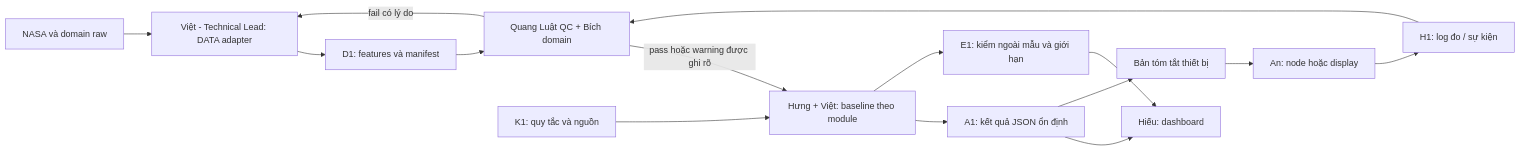
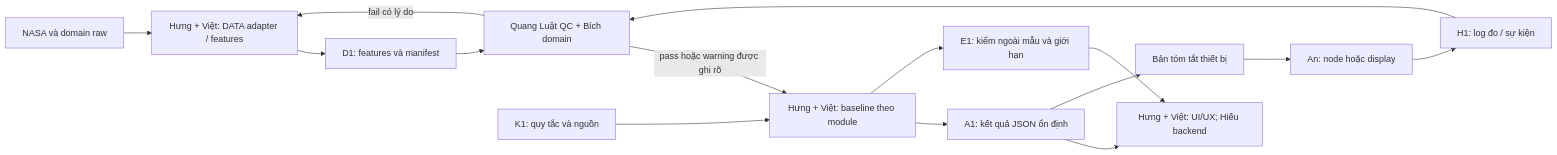
One commit to NeuraX-Lab/neurax-docs changed the diagram in nasa-space-apps-2026/planning/architecture.md. Above: the diagram before and after it, drawn with Mermaid. The commit also changed other lines of this file and 210 other files, not shown here.

````diff
--- a/nasa-space-apps-2026/planning/architecture.md
+++ b/nasa-space-apps-2026/planning/architecture.md
@@ -13,17 +23,17 @@
 ```mermaid
 flowchart LR
-  RAW["NASA và domain raw"] --> AD["Việt - Technical Lead: DATA adapter"]
+  RAW["NASA và domain raw"] --> AD["Hưng + Việt: DATA adapter / features"]
   AD --> D["D1: features và manifest"]
   D --> Q["Quang Luật QC + Bích domain"]
   Q -->|"pass hoặc warning được ghi rõ"| MODEL["Hưng + Việt: baseline theo module"]
   Q -->|"fail có lý do"| AD
   K["K1: quy tắc và nguồn"] --> MODEL
   MODEL --> A["A1: kết quả JSON ổn định"]
   MODEL --> E["E1: kiểm ngoài mẫu và giới hạn"]
-  A --> WEB["Hiếu: dashboard"]
+  A --> WEB["Hưng + Việt: UI/UX; Hiếu backend"]
   E --> WEB
   A --> BRIDGE["Bản tóm tắt thiết bị"]
   BRIDGE --> HW["An: node hoặc display"]
   HW --> H["H1: log đo / sự kiện"]
   H --> Q
 ```
````
